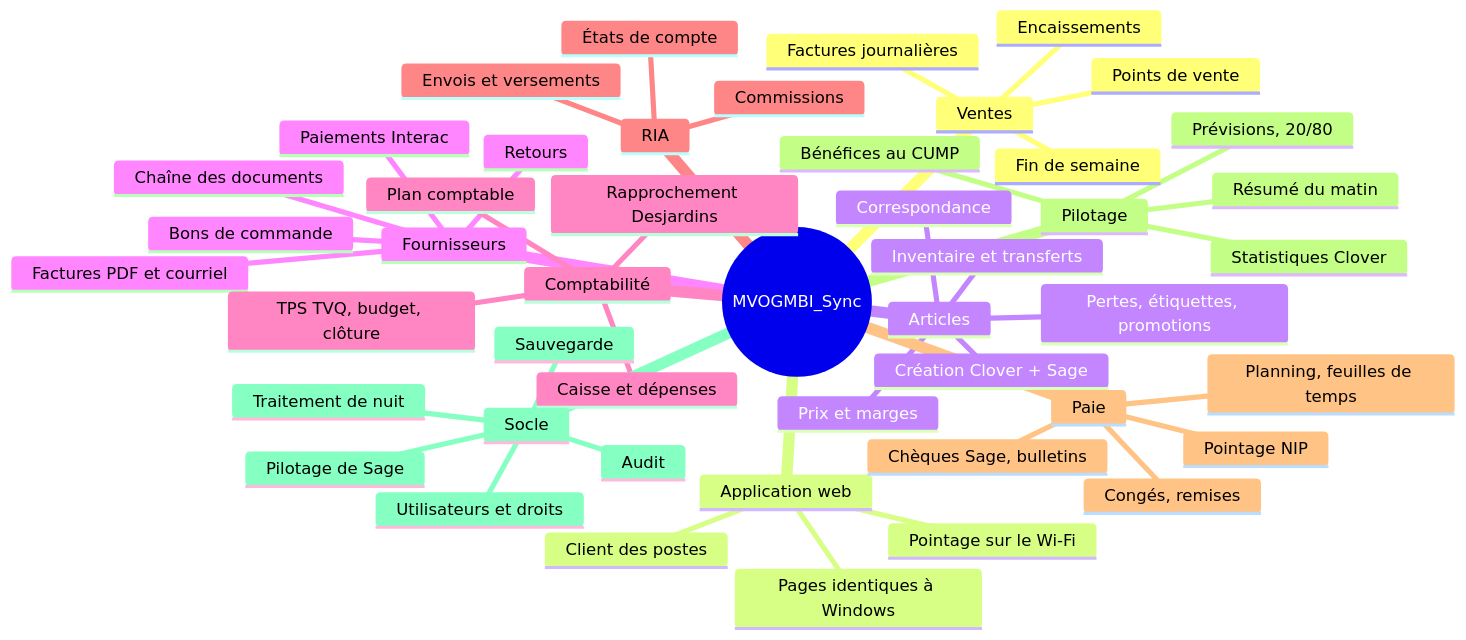
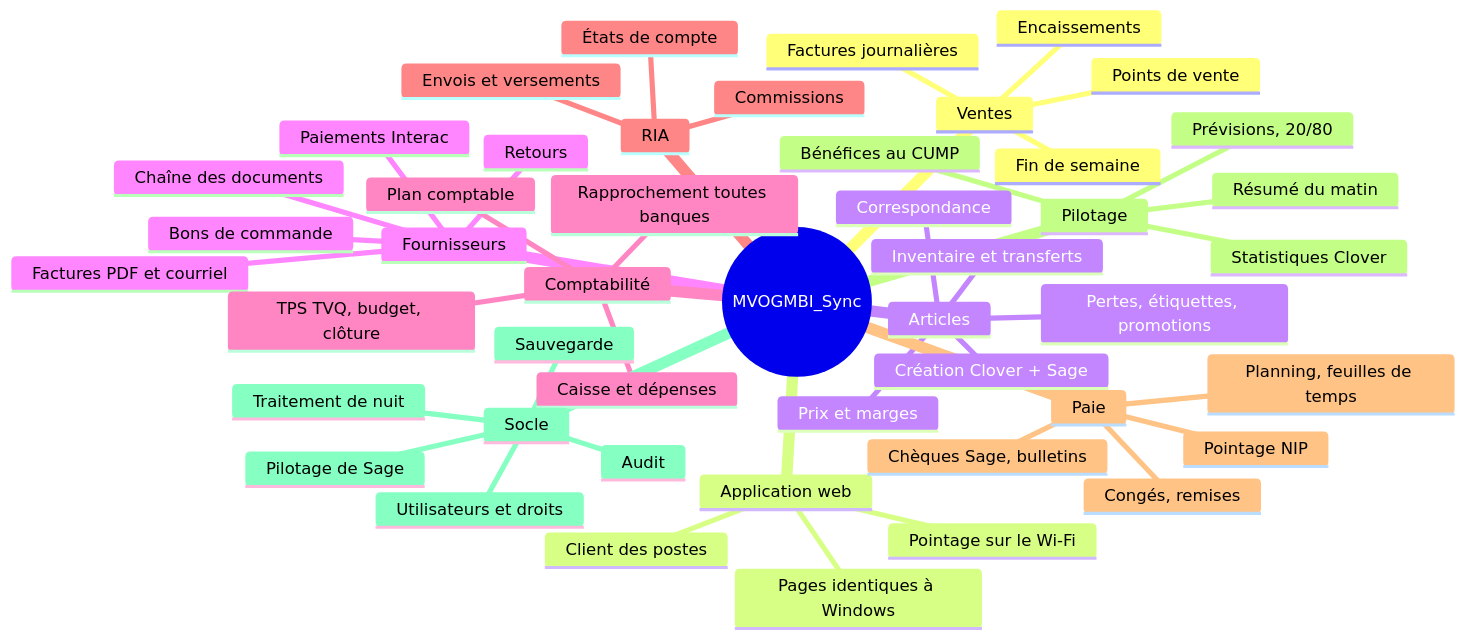
The second of 2 diagrams in documentation/PROJET.md (mteingueng-dot/MVOGMBI_Sync_2026.1), drawn with Mermaid before and after one commit. The commit also changed other lines of this file and 41 other files, not shown here.

Commit message:
Version 1.0.11 : documentation complète refaite (toutes les banques, notes de crédit, article tapé, logo, fenêtre web fixe)

````diff
--- a/documentation/PROJET.md
+++ b/documentation/PROJET.md
@@ -81,50 +88,50 @@
 ```mermaid
 mindmap
   root((MVOGMBI_Sync))
     Ventes
       Factures journalières
       Fin de semaine
       Points de vente
       Encaissements
     Application web
       Pages identiques à Windows
       Client des postes
       Pointage sur le Wi-Fi
     Articles
       Correspondance
       Création Clover + Sage
       Inventaire et transferts
       Pertes, étiquettes, promotions
       Prix et marges
     Fournisseurs
       Factures PDF et courriel
       Bons de commande
       Paiements Interac
       Retours
       Chaîne des documents
     Comptabilité
-      Rapprochement Desjardins
+      Rapprochement toutes banques
       Caisse et dépenses
       TPS TVQ, budget, clôture
       Plan comptable
     RIA
       États de compte
       Envois et versements
       Commissions
     Paie
       Pointage NIP
       Planning, feuilles de temps
       Chèques Sage, bulletins
       Congés, remises
     Pilotage
       Statistiques Clover
       Bénéfices au CUMP
       Prévisions, 20/80
       Résumé du matin
     Socle
       Traitement de nuit
       Pilotage de Sage
       Utilisateurs et droits
       Audit
       Sauvegarde
 ```
````
